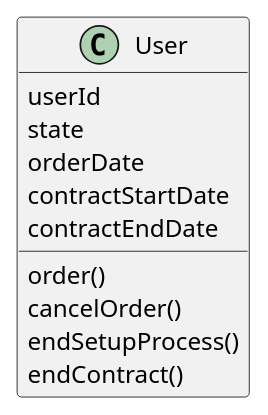
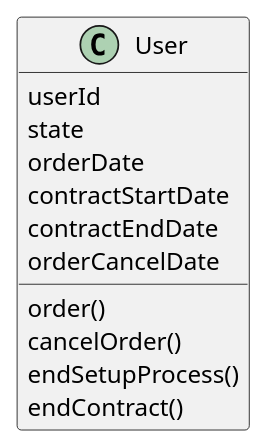
Before and after one commit to naosim/think_ddd_state: the diagram in uml/user_model.pu, drawn with PlantUML. The commit also changed 1 other file, not shown here.

```diff
--- a/uml/user_model.pu
+++ b/uml/user_model.pu
@@ -1,14 +1,15 @@
 @startuml
 class User {
   userId
   state
   orderDate
   contractStartDate
   contractEndDate
+  orderCancelDate
 
   order()
   cancelOrder()
   endSetupProcess()
   endContract()
 }
 @enduml
```
